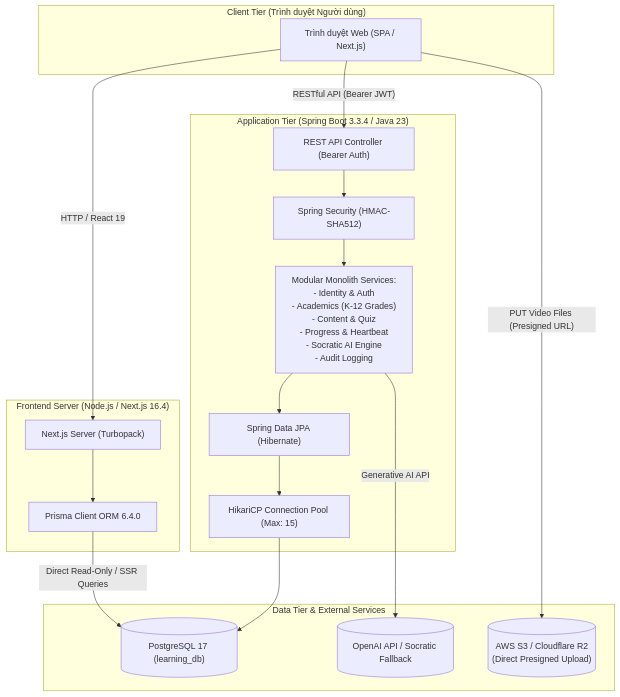
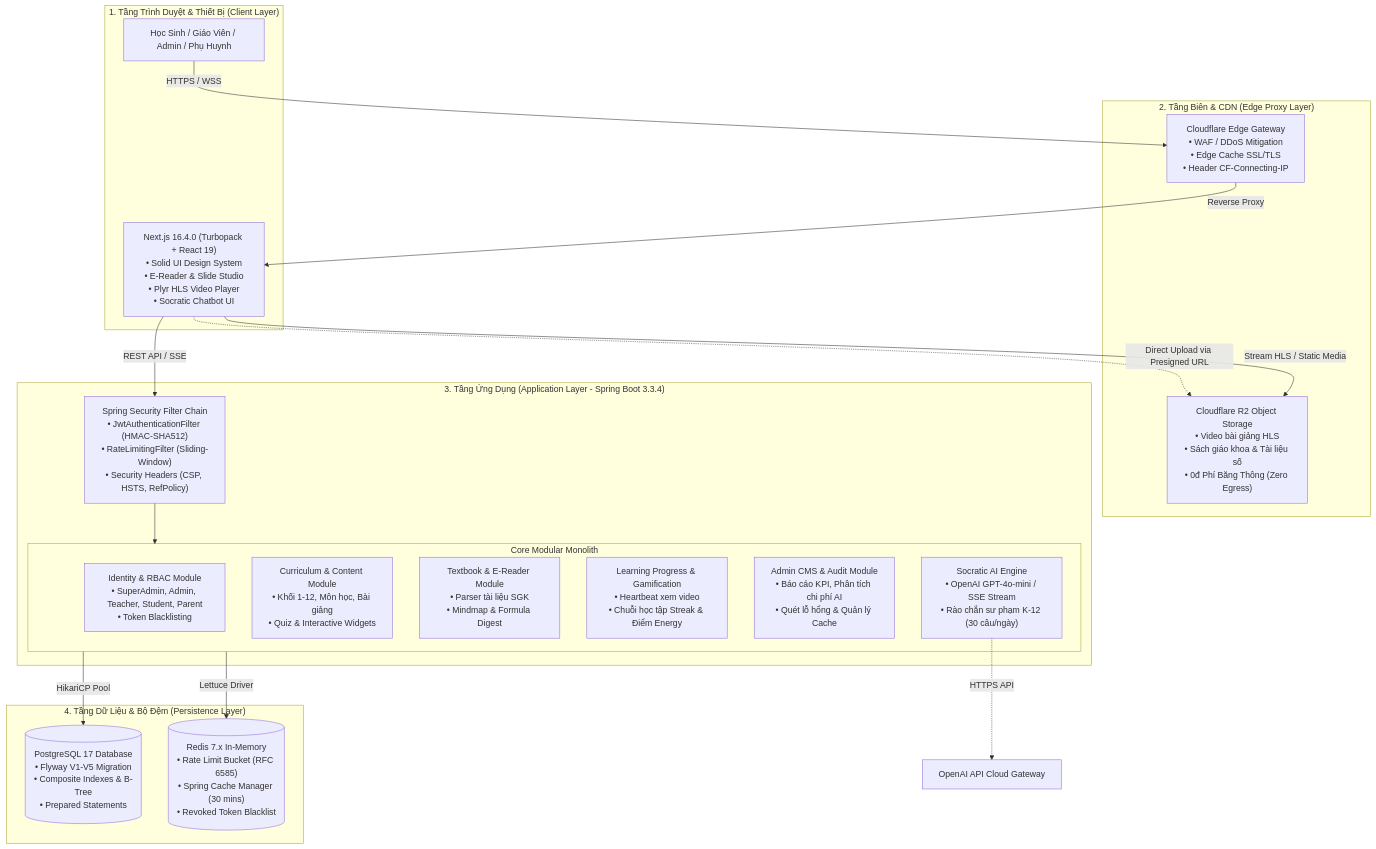
Before and after one commit to huywashere/DMKLab-Education: the first of 3 diagrams in ARCHITECTURE.md, drawn with Mermaid. The commit also changed other lines of this file and 38 other files, not shown here.

````diff
--- a/ARCHITECTURE.md
+++ b/ARCHITECTURE.md
@@ -40,42 +21,41 @@
 ```mermaid
-graph TB
-    subgraph Client ["Client Tier (Trình duyệt Người dùng)"]
-        Browser["Trình duyệt Web (SPA / Next.js)"]
+flowchart TD
+    subgraph ClientLayer ["1. Tầng Trình Duyệt & Thiết Bị (Client Layer)"]
+        Browser["Học Sinh / Giáo Viên / Admin / Phụ Huynh"]
+        NextClient["Next.js 16.4.0 (Turbopack + React 19)\n• Solid UI Design System\n• E-Reader & Slide Studio\n• Plyr HLS Video Player\n• Socratic Chatbot UI"]
     end
 
-    subgraph FrontendServer ["Frontend Server (Node.js / Next.js 16.4)"]
-        NextServer["Next.js Server (Turbopack)"]
-        PrismaClient["Prisma Client ORM 6.4.0"]
-        NextServer --> PrismaClient
+    subgraph EdgeLayer ["2. Tầng Biên & CDN (Edge Proxy Layer)"]
+        CFProxy["Cloudflare Edge Gateway\n• WAF / DDoS Mitigation\n• Edge Cache SSL/TLS\n• Header CF-Connecting-IP"]
+        CFR2["Cloudflare R2 Object Storage\n• Video bài giảng HLS\n• Sách giáo khoa & Tài liệu số\n• 0đ Phí Băng Thông (Zero Egress)"]
     end
 
-    subgraph BackendServer ["Application Tier (Spring Boot 3.3.4 / Java 23)"]
-        API["REST API Controller (Bearer Auth)"]
-        Security["Spring Security (HMAC-SHA512)"]
-        Modules["Modular Monolith Services:
-        - Identity & Auth
-        - Academics (K-12 Grades)
-        - Content & Quiz
-        - Progress & Heartbeat
-        - Socratic AI Engine
-        - Audit Logging"]
-        JPA["Spring Data JPA (Hibernate)"]
-        Hikari["HikariCP Connection Pool (Max: 15)"]
-
-        API --> Security --> Modules --> JPA --> Hikari
+    subgraph AppLayer ["3. Tầng Ứng Dụng (Application Layer - Spring Boot 3.3.4)"]
+        SecFilter["Spring Security Filter Chain\n• JwtAuthenticationFilter (HMAC-SHA512)\n• RateLimitingFilter (Sliding-Window)\n• Security Headers (CSP, HSTS, RefPolicy)"]
+        
+        subgraph MonolithCore ["Core Modular Monolith"]
+            AuthMod["Identity & RBAC Module\n• SuperAdmin, Admin, Teacher, Student, Parent\n• Token Blacklisting"]
+            ContentMod["Curriculum & Content Module\n• Khối 1-12, Môn học, Bài giảng\n• Quiz & Interactive Widgets"]
+            BookMod["Textbook & E-Reader Module\n• Parser tài liệu SGK\n• Mindmap & Formula Digest"]
+            ProgressMod["Learning Progress & Gamification\n• Heartbeat xem video\n• Chuỗi học tập Streak & Điểm Energy"]
+            AdminMod["Admin CMS & Audit Module\n• Báo cáo KPI, Phân tích chi phí AI\n• Quét lỗ hổng & Quản lý Cache"]
+            AiMod["Socratic AI Engine\n• OpenAI GPT-4o-mini / SSE Stream\n• Rào chắn sư phạm K-12 (30 câu/ngày)"]
+        end
     end
 
-    subgraph StorageTier ["Data Tier & External Services"]
-        PostgreSQL[("PostgreSQL 17 (learning_db)")]
-        CloudS3[("AWS S3 / Cloudflare R2
-(Direct Presigned Upload)")]
-        AIProvider[("OpenAI API / Socratic Fallback")]
+    subgraph DataLayer ["4. Tầng Dữ Liệu & Bộ Đệm (Persistence Layer)"]
+        Postgres[("PostgreSQL 17 Database\n• Flyway V1-V5 Migration\n• Composite Indexes & B-Tree\n• Prepared Statements")]
+        RedisCache[("Redis 7.x In-Memory\n• Rate Limit Bucket (RFC 6585)\n• Spring Cache Manager (30 mins)\n• Revoked Token Blacklist")]
     end
 
-    Browser -- "HTTP / React 19" --> NextServer
-    Browser -- "RESTful API (Bearer JWT)" --> API
-    Browser -- "PUT Video Files (Presigned URL)" --> CloudS3
-    Hikari --> PostgreSQL
-    PrismaClient -- "Direct Read-Only / SSR Queries" --> PostgreSQL
-    Modules -- "Generative AI API" --> AIProvider
+    Browser -->|HTTPS / WSS| CFProxy
+    CFProxy -->|Reverse Proxy| NextClient
+    NextClient -->|REST API / SSE| SecFilter
+    NextClient -.->|Direct Upload via Presigned URL| CFR2
+    NextClient -->|Stream HLS / Static Media| CFR2
+    
+    SecFilter --> MonolithCore
+    MonolithCore -->|HikariCP Pool| Postgres
+    MonolithCore -->|Lettuce Driver| RedisCache
+    AiMod -.->|HTTPS API| OpenAIAPI["OpenAI API Cloud Gateway"]
 ```
````
